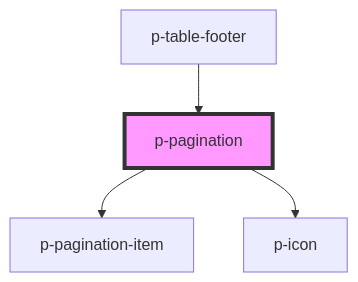
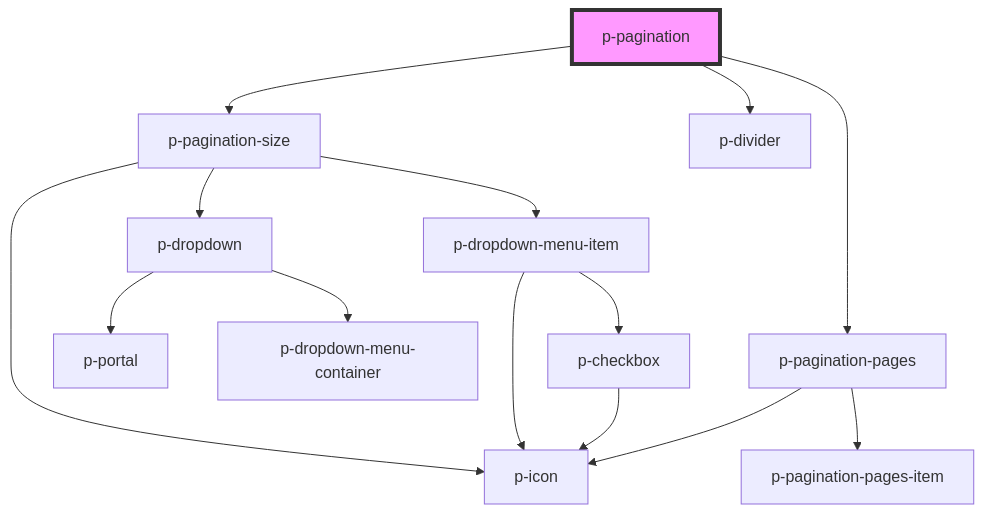
The diagram in packages/core/src/components/molecules/pagination/readme.md (Employes/Paperless), drawn with Mermaid before and after one commit. The commit also changed other lines of this file and 49 other files, not shown here.

Commit message:
refactor(molecules/pagination): Apply rebranding & rename page-size-select to pagination-size

````diff
--- a/packages/core/src/components/molecules/pagination/readme.md
+++ b/packages/core/src/components/molecules/pagination/readme.md
@@ -41,7 +40,17 @@
 ```mermaid
 graph TD;
-  p-pagination --> p-pagination-item
-  p-pagination --> p-icon
-  p-table-footer --> p-pagination
+  p-pagination --> p-pagination-size
+  p-pagination --> p-divider
+  p-pagination --> p-pagination-pages
+  p-pagination-size --> p-dropdown
+  p-pagination-size --> p-icon
+  p-pagination-size --> p-dropdown-menu-item
+  p-dropdown --> p-portal
+  p-dropdown --> p-dropdown-menu-container
+  p-dropdown-menu-item --> p-icon
+  p-dropdown-menu-item --> p-checkbox
+  p-checkbox --> p-icon
+  p-pagination-pages --> p-pagination-pages-item
+  p-pagination-pages --> p-icon
   style p-pagination fill:#f9f,stroke:#333,stroke-width:4px
 ```
````
